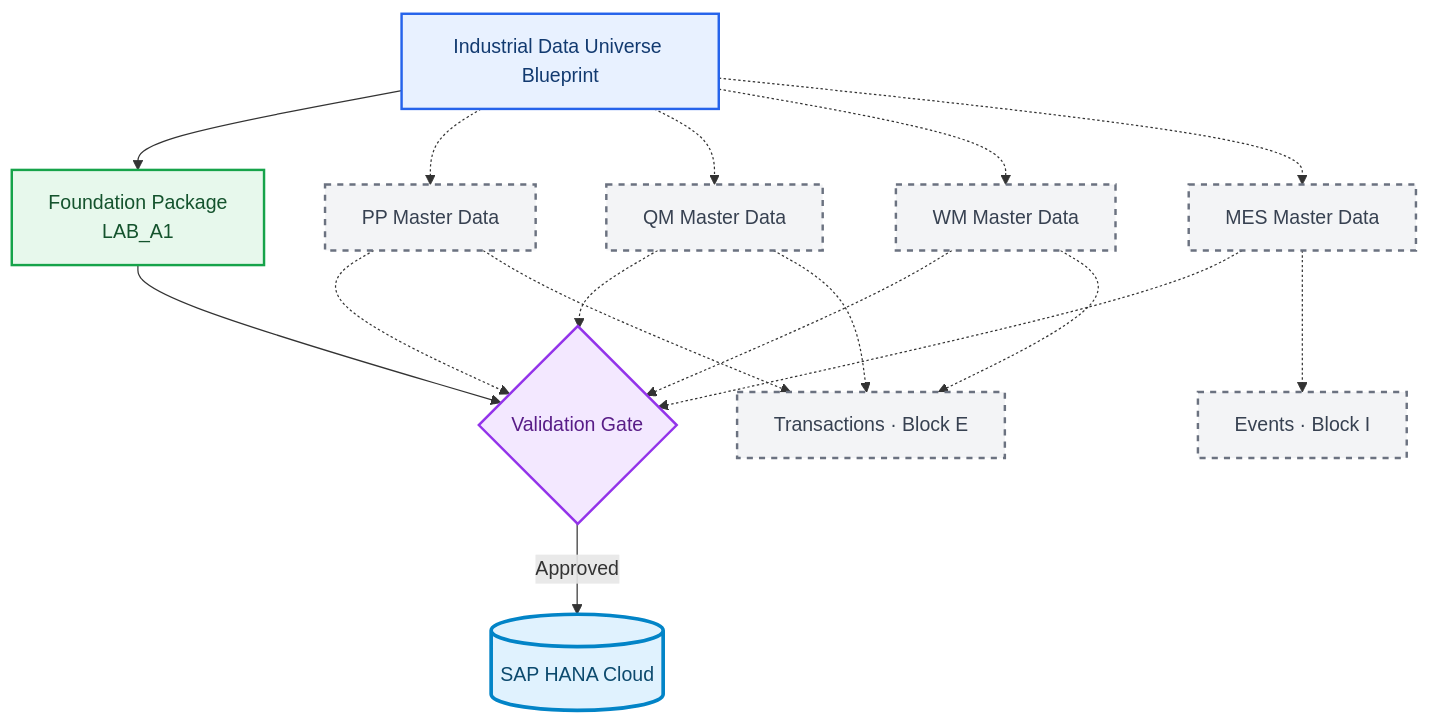
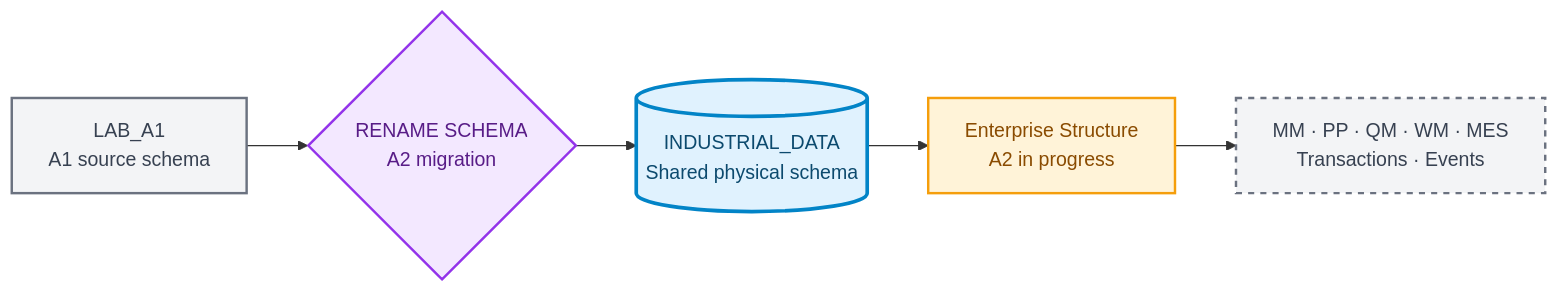
Before and after one commit to OrlandoCaetano2026/SAP_HANA_Cloud_Data_Engineering_Learning: the first of 2 diagrams in Industrial-Data-Universe/Blueprint/BR/industrial-data-universe-blueprint.md, drawn with Mermaid. The commit also changed other lines of this file and 2 other files, not shown here.

Commit message:
Update Industrial Data Universe blueprint after schema migration

````diff
--- a/Industrial-Data-Universe/Blueprint/BR/industrial-data-universe-blueprint.md
+++ b/Industrial-Data-Universe/Blueprint/BR/industrial-data-universe-blueprint.md
@@ -16,29 +26,14 @@
 ```mermaid
-flowchart TB
-    BP["Industrial Data Universe Blueprint"]:::blueprint
-    F["Foundation Package<br/>LAB_A1"]:::active
-    PP["PP Master Data"]:::future
-    QM["QM Master Data"]:::future
-    WM["WM Master Data"]:::future
-    MES["MES Master Data"]:::future
-    TX["Transactions · Block E"]:::future
-    EV["Events · Block I"]:::future
-    V{"Validation Gate"}:::decision
-    H[("SAP HANA Cloud")]:::hana
-
-    BP --> F --> V -->|"Approved"| H
-    BP -.-> PP -.-> V
-    BP -.-> QM -.-> V
-    BP -.-> WM -.-> V
-    BP -.-> MES -.-> V
-    PP -.-> TX
-    QM -.-> TX
-    WM -.-> TX
-    MES -.-> EV
-
-    classDef blueprint fill:#E8F1FF,stroke:#2563EB,color:#123A70,stroke-width:2px;
-    classDef active fill:#E7F8EC,stroke:#16A34A,color:#14532D,stroke-width:2px;
+flowchart LR
+    OLD["LAB_A1<br/>A1 source schema"]:::previous
+    MIG{"RENAME SCHEMA<br/>A2 migration"}:::migration
+    NEW[("INDUSTRIAL_DATA<br/>Shared physical schema")]:::current
+    ES["Enterprise Structure<br/>A2 in progress"]:::next
+    FUT["MM · PP · QM · WM · MES<br/>Transactions · Events"]:::future
+    OLD --> MIG --> NEW --> ES --> FUT
+    classDef previous fill:#F3F4F6,stroke:#6B7280,color:#374151,stroke-width:2px;
+    classDef migration fill:#F3E8FF,stroke:#9333EA,color:#581C87,stroke-width:2px;
+    classDef current fill:#E0F2FE,stroke:#0284C7,color:#0C4A6E,stroke-width:3px;
+    classDef next fill:#FFF3D8,stroke:#F59E0B,color:#8A4B00,stroke-width:2px;
     classDef future fill:#F3F4F6,stroke:#6B7280,color:#374151,stroke-width:2px,stroke-dasharray:5 5;
-    classDef decision fill:#F3E8FF,stroke:#9333EA,color:#581C87,stroke-width:2px;
-    classDef hana fill:#E0F2FE,stroke:#0284C7,color:#0C4A6E,stroke-width:3px;
 ```
````
